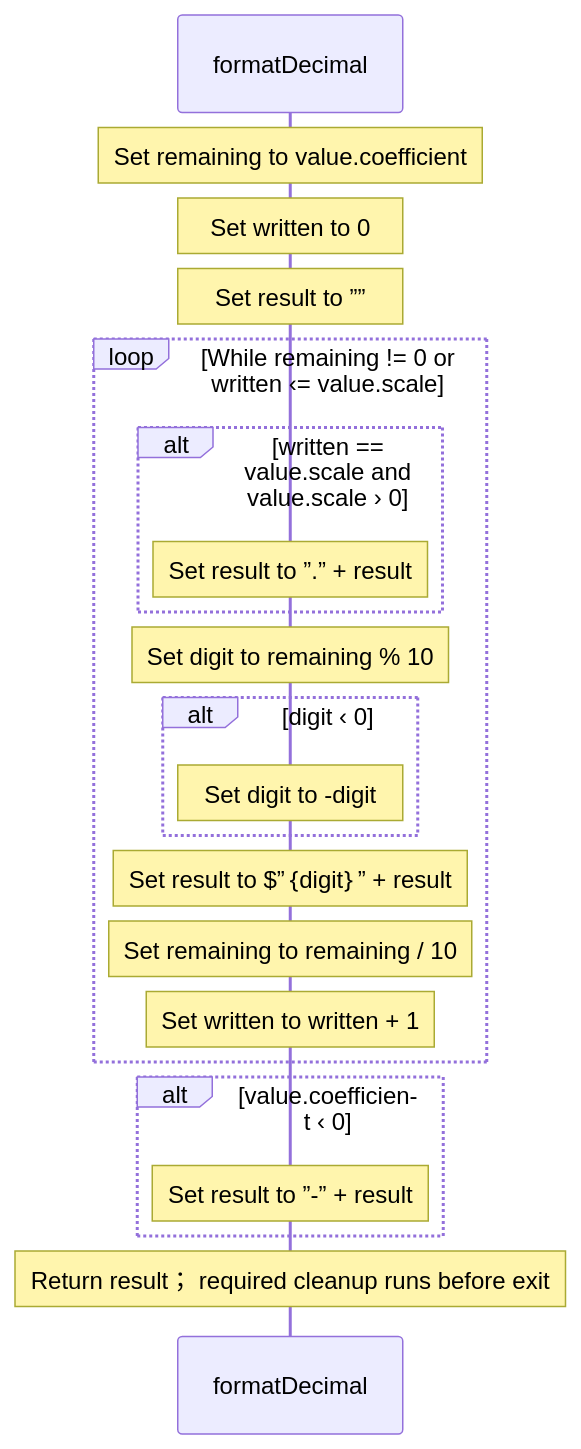
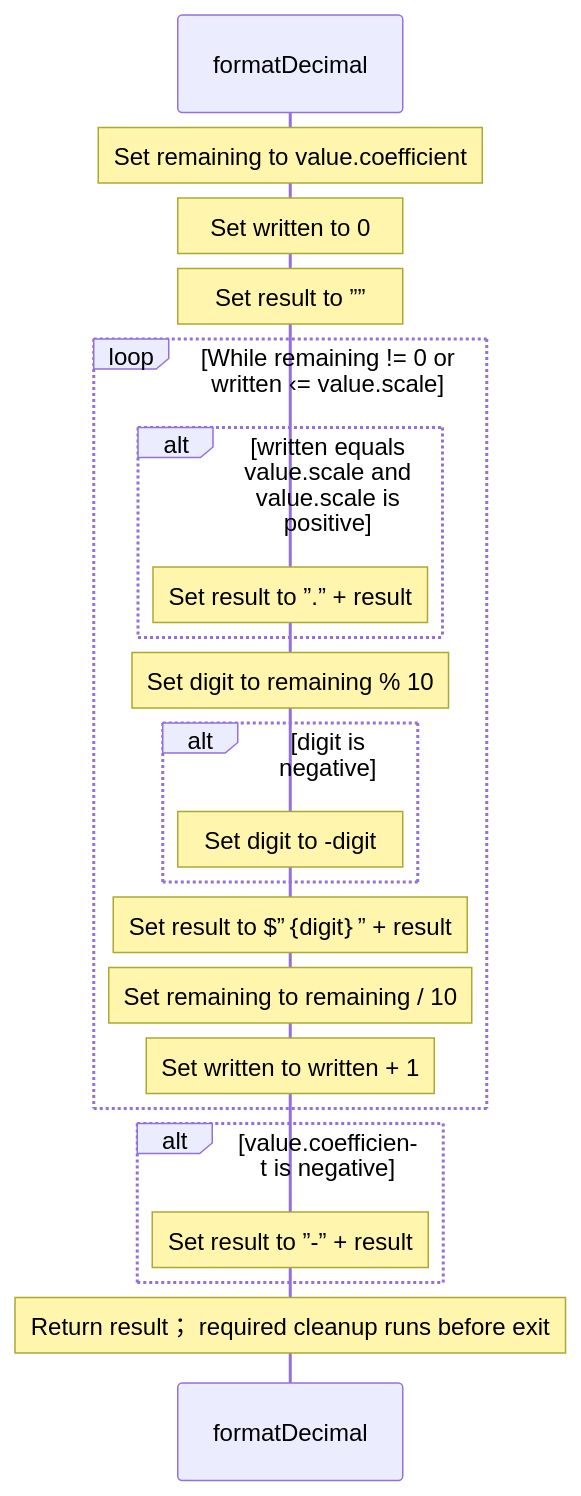
The fourth of 10 diagrams in src/stdlib/math/decimals.aug.diagrams.md (GreenPandaStudios/augscript), drawn with Mermaid before and after one commit. The commit also changed other lines of this file and 658 other files, not shown here.

````diff
--- a/src/stdlib/math/decimals.aug.diagrams.md
+++ b/src/stdlib/math/decimals.aug.diagrams.md
@@ -122,24 +139,24 @@
 ```mermaid
 sequenceDiagram
     participant p0 as formatDecimal
 
     Note over p0: Set remaining to value.coefficient
     Note over p0: Set written to 0
     Note over p0: Set result to ””
     loop While remaining != 0 or written ‹= value.scale
-    alt written == value.scale and value.scale › 0
+    alt written equals value.scale and value.scale is positive
     Note over p0: Set result to ”.” + result
     end
     Note over p0: Set digit to remaining % 10
-    alt digit ‹ 0
+    alt digit is negative
     Note over p0: Set digit to -digit
     end
     Note over p0: Set result to $”｛digit｝” + result
     Note over p0: Set remaining to remaining / 10
     Note over p0: Set written to written + 1
     end
-    alt value.coefficient ‹ 0
+    alt value.coefficient is negative
     Note over p0: Set result to ”-” + result
     end
     Note over p0: Return result； required cleanup runs before exit
 ```
````
